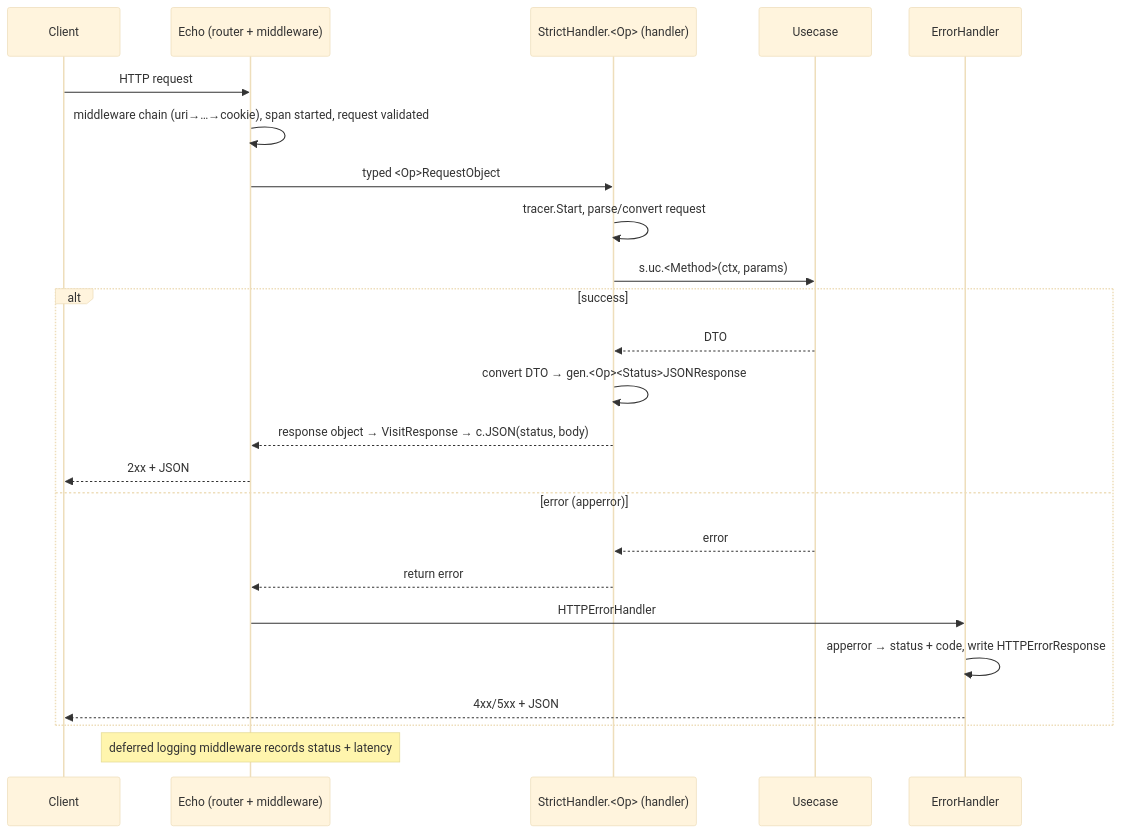
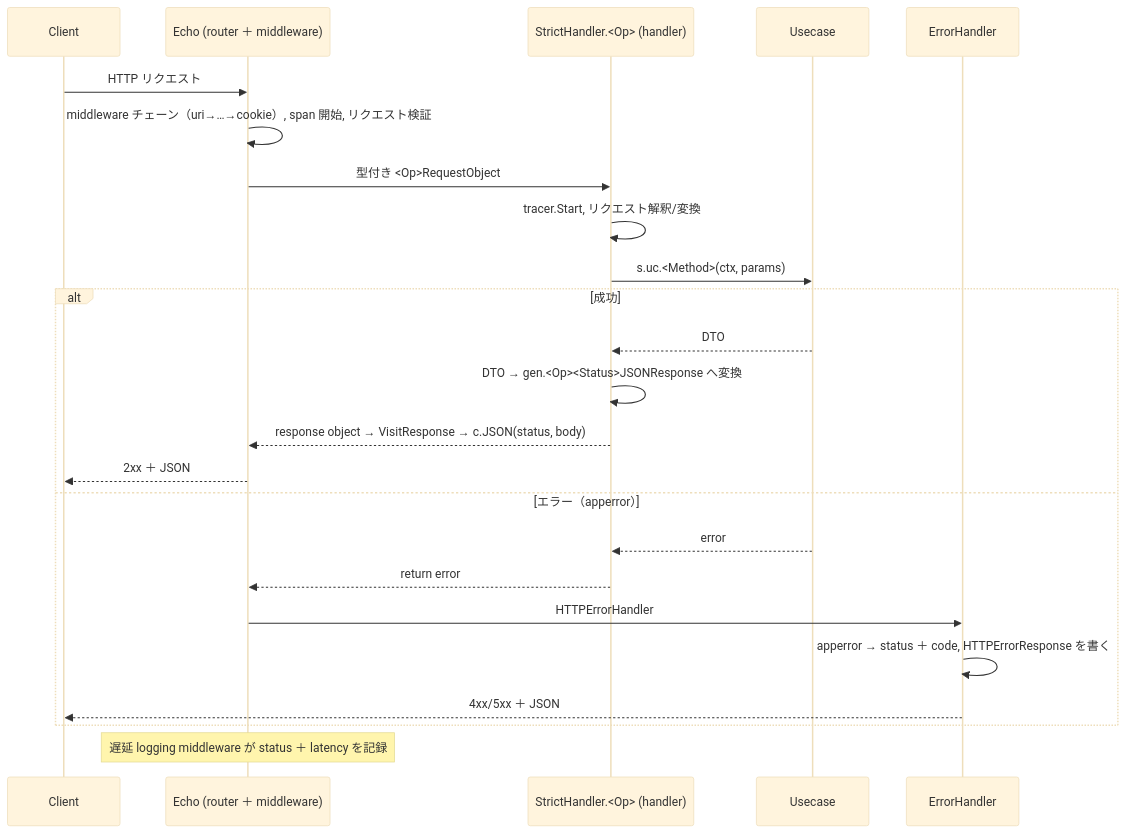
One commit to Tomy-ch/go-boilerplate changed the fifth of 6 diagrams in docs/design/rest.md. Above: the diagram before and after it, drawn with Mermaid (base theme). The commit also changed other lines of this file and 970 other files, not shown here.

````diff
--- a/docs/design/rest.md
+++ b/docs/design/rest.md
@@ -175,26 +175,26 @@
 ```mermaid
 sequenceDiagram
     participant C as Client
-    participant E as Echo (router + middleware)
+    participant E as Echo (router ＋ middleware)
     participant H as StrictHandler.<Op> (handler)
     participant U as Usecase
     participant EH as ErrorHandler
-    C->>E: HTTP request
-    E->>E: middleware chain (uri→…→cookie), span started, request validated
-    E->>H: typed <Op>RequestObject
-    H->>H: tracer.Start, parse/convert request
+    C->>E: HTTP リクエスト
+    E->>E: middleware チェーン（uri→…→cookie）, span 開始, リクエスト検証
+    E->>H: 型付き <Op>RequestObject
+    H->>H: tracer.Start, リクエスト解釈/変換
     H->>U: s.uc.<Method>(ctx, params)
-    alt success
+    alt 成功
         U-->>H: DTO
-        H->>H: convert DTO → gen.<Op><Status>JSONResponse
+        H->>H: DTO → gen.<Op><Status>JSONResponse へ変換
         H-->>E: response object → VisitResponse → c.JSON(status, body)
-        E-->>C: 2xx + JSON
-    else error (apperror)
+        E-->>C: 2xx ＋ JSON
+    else エラー（apperror）
         U-->>H: error
         H-->>E: return error
         E->>EH: HTTPErrorHandler
-        EH->>EH: apperror → status + code, write HTTPErrorResponse
-        EH-->>C: 4xx/5xx + JSON
+        EH->>EH: apperror → status ＋ code, HTTPErrorResponse を書く
+        EH-->>C: 4xx/5xx ＋ JSON
     end
-    Note over E: deferred logging middleware records status + latency
+    Note over E: 遅延 logging middleware が status ＋ latency を記録
 ```
````
